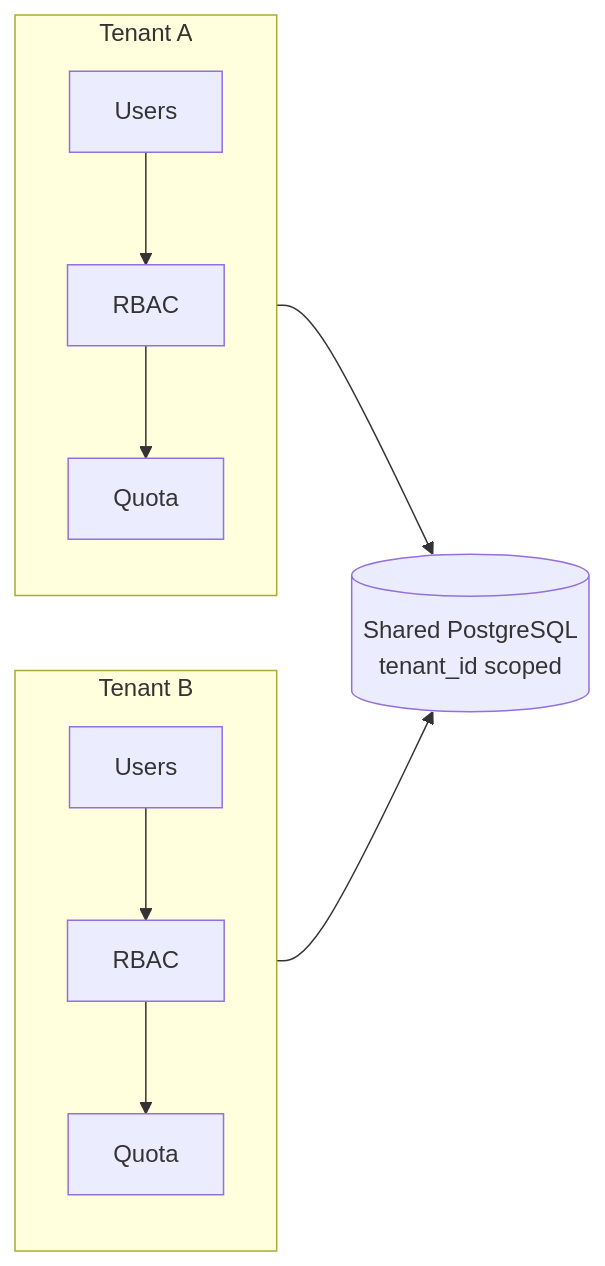
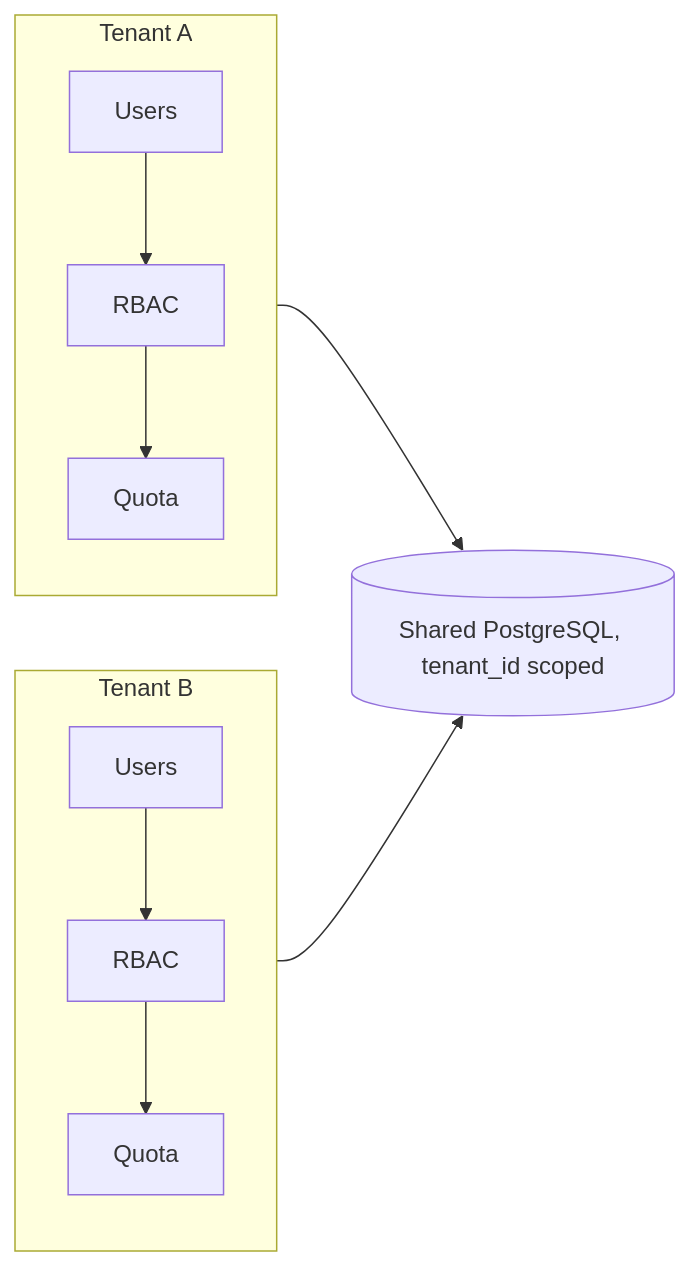
One commit to sanjayrkshetty/presales-hub changed the third of 3 diagrams in docs/architecture/system-overview.md. Above: the diagram before and after it, drawn with Mermaid. The commit also changed other lines of this file and 2 other files, not shown here.

First line of the commit message:
fix(docs): make architecture Mermaid GitHub-safe

````diff
--- a/docs/architecture/system-overview.md
+++ b/docs/architecture/system-overview.md
@@ -95,14 +95,14 @@
 ```mermaid
 graph LR
     subgraph T1["Tenant A"]
         U1[Users] --> R1[RBAC]
         R1 --> Q1[Quota]
     end
     subgraph T2["Tenant B"]
         U2[Users] --> R2[RBAC]
         R2 --> Q2[Quota]
     end
 
-    T1 --> PG[(Shared PostgreSQL<br/>tenant_id scoped)]
+    T1 --> PG[("Shared PostgreSQL, tenant_id scoped")]
     T2 --> PG
 ```
````
